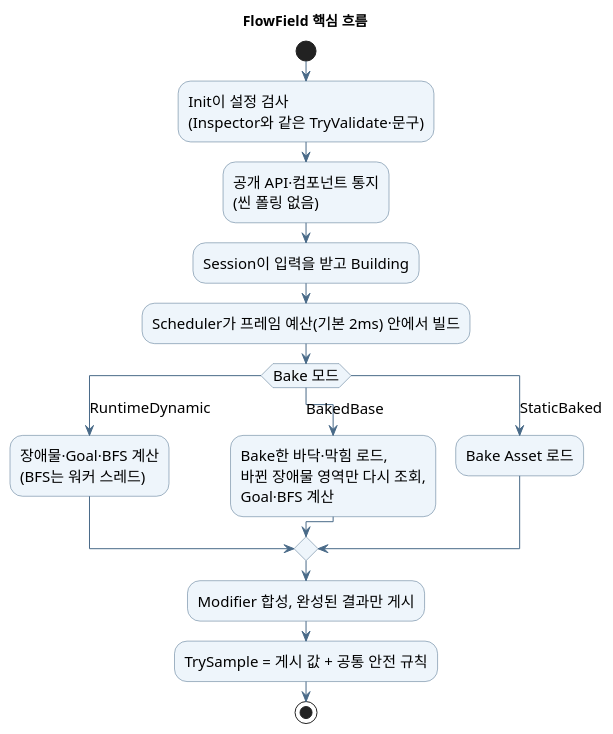
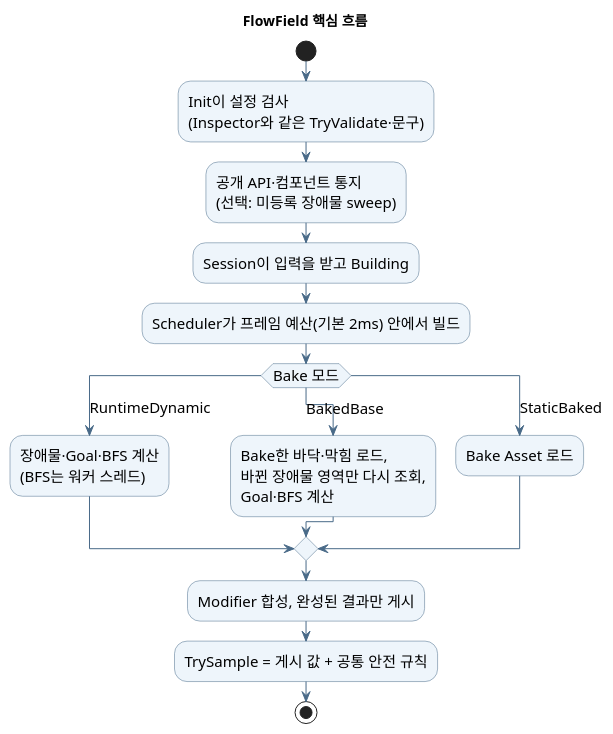
The diagram in ToyProject/Assets/_FlowField/Docs/flowfield-uml.puml (youwonsock/tool-unity-editor), drawn with PlantUML before and after one commit. The commit also changed 17 other files, not shown here.

```diff
--- a/ToyProject/Assets/_FlowField/Docs/flowfield-uml.puml
+++ b/ToyProject/Assets/_FlowField/Docs/flowfield-uml.puml
@@ -1,28 +1,28 @@
 @startuml flowfield-uml
 skinparam shadowing false
 skinparam defaultFontName "Apple SD Gothic Neo"
 skinparam defaultFontSize 15
 skinparam ArrowColor #496A88
 skinparam ActivityBackgroundColor #EEF5FB
 skinparam ActivityBorderColor #496A88
 skinparam ActivityDiamondBackgroundColor #EEF5FB
 skinparam ActivityDiamondBorderColor #496A88
 title FlowField 핵심 흐름
 
 start
 :Init이 설정 검사\n(Inspector와 같은 TryValidate·문구);
-:공개 API·컴포넌트 통지\n(씬 폴링 없음);
+:공개 API·컴포넌트 통지\n(선택: 미등록 장애물 sweep);
 :Session이 입력을 받고 Building;
 :Scheduler가 프레임 예산(기본 2ms) 안에서 빌드;
 switch (Bake 모드)
 case (RuntimeDynamic)
   :장애물·Goal·BFS 계산\n(BFS는 워커 스레드);
 case (BakedBase)
   :Bake한 바닥·막힘 로드,\n바뀐 장애물 영역만 다시 조회,\nGoal·BFS 계산;
 case (StaticBaked)
   :Bake Asset 로드;
 endswitch
 :Modifier 합성, 완성된 결과만 게시;
 :TrySample = 게시 값 + 공통 안전 규칙;
 stop
 @enduml
```
